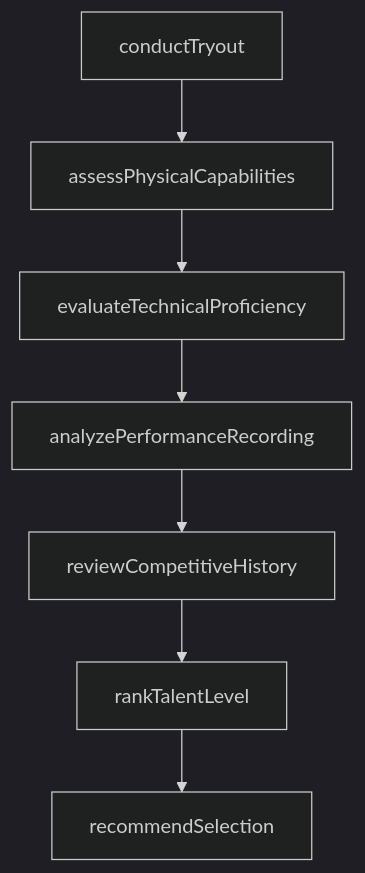
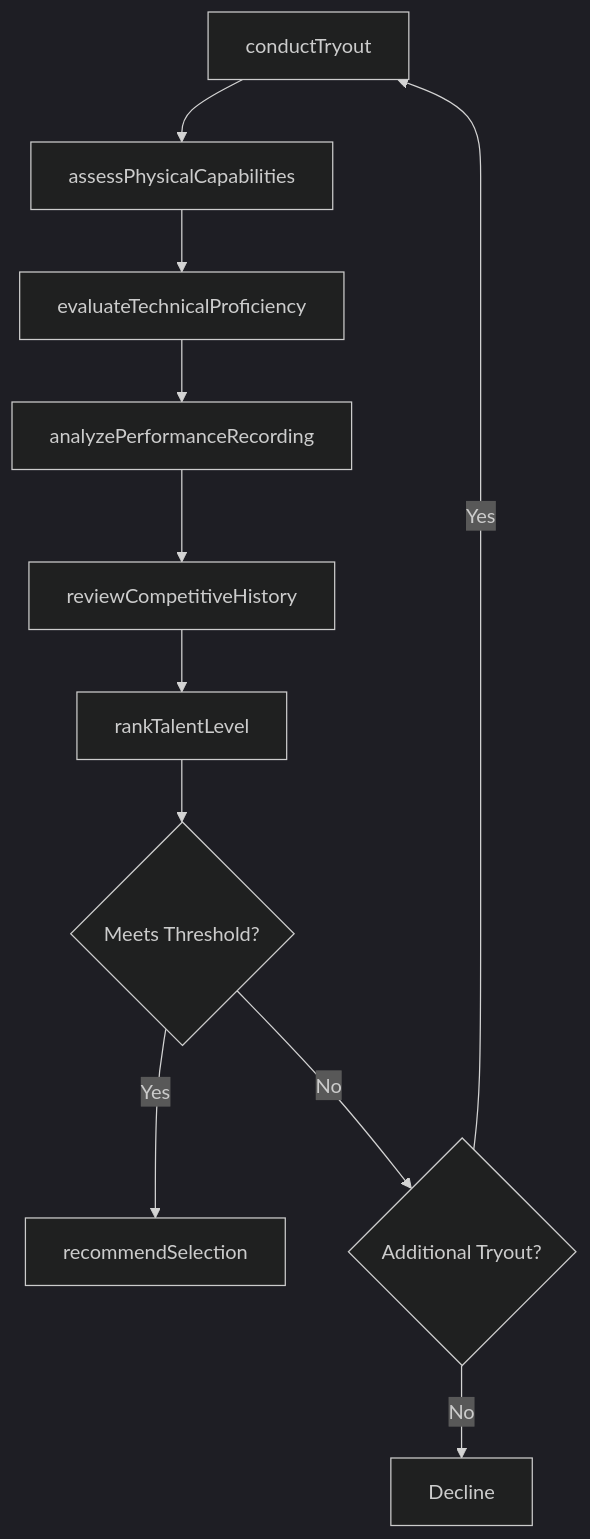
One commit to dot-org-ai/tasks.org.ai changed the third of 4 diagrams in JudgingTheQualitiesOfObjectsServicesOrPeople/EvaluatePersonnelCapabilitiesOrPerformance/EvaluateSkillsAthletesPerformers.mdx. Above: the diagram before and after it, drawn with Mermaid (dark theme). The commit also changed other lines of this file and 307 other files, not shown here.

First line of the commit message:
feat: Add ER diagrams and state diagrams to remaining 308 DWA task files (wave 3 complete)

````diff
--- a/JudgingTheQualitiesOfObjectsServicesOrPeople/EvaluatePersonnelCapabilitiesOrPerformance/EvaluateSkillsAthletesPerformers.mdx
+++ b/JudgingTheQualitiesOfObjectsServicesOrPeople/EvaluatePersonnelCapabilitiesOrPerformance/EvaluateSkillsAthletesPerformers.mdx
@@ -87,9 +114,13 @@
 ```mermaid
 graph TD
     A[conductTryout] --> B[assessPhysicalCapabilities]
     B --> C[evaluateTechnicalProficiency]
     C --> D[analyzePerformanceRecording]
     D --> E[reviewCompetitiveHistory]
     E --> F[rankTalentLevel]
-    F --> G[recommendSelection]
+    F --> G{Meets Threshold?}
+    G -->|Yes| H[recommendSelection]
+    G -->|No| I{Additional Tryout?}
+    I -->|Yes| A
+    I -->|No| J[Decline]
 ```
````
